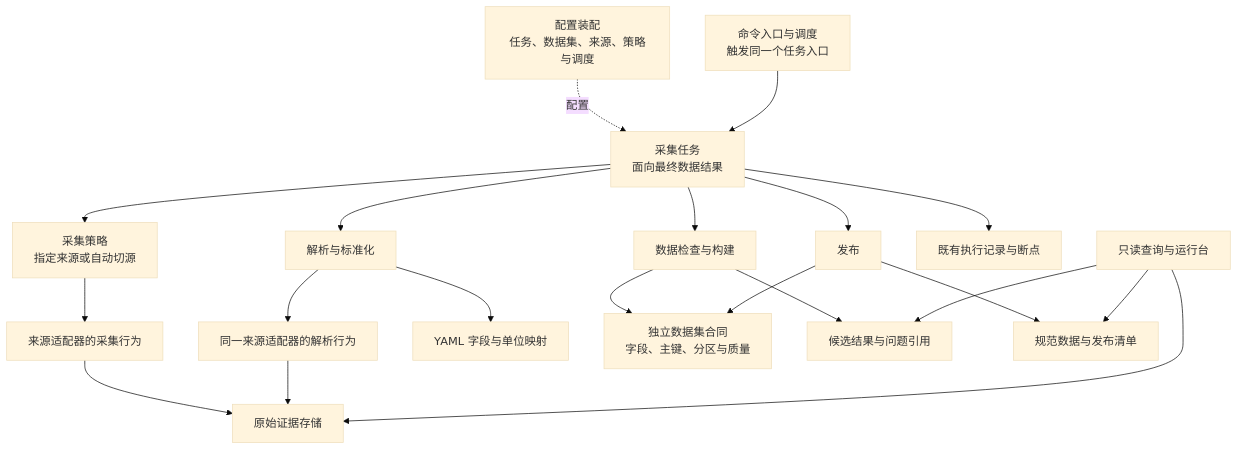
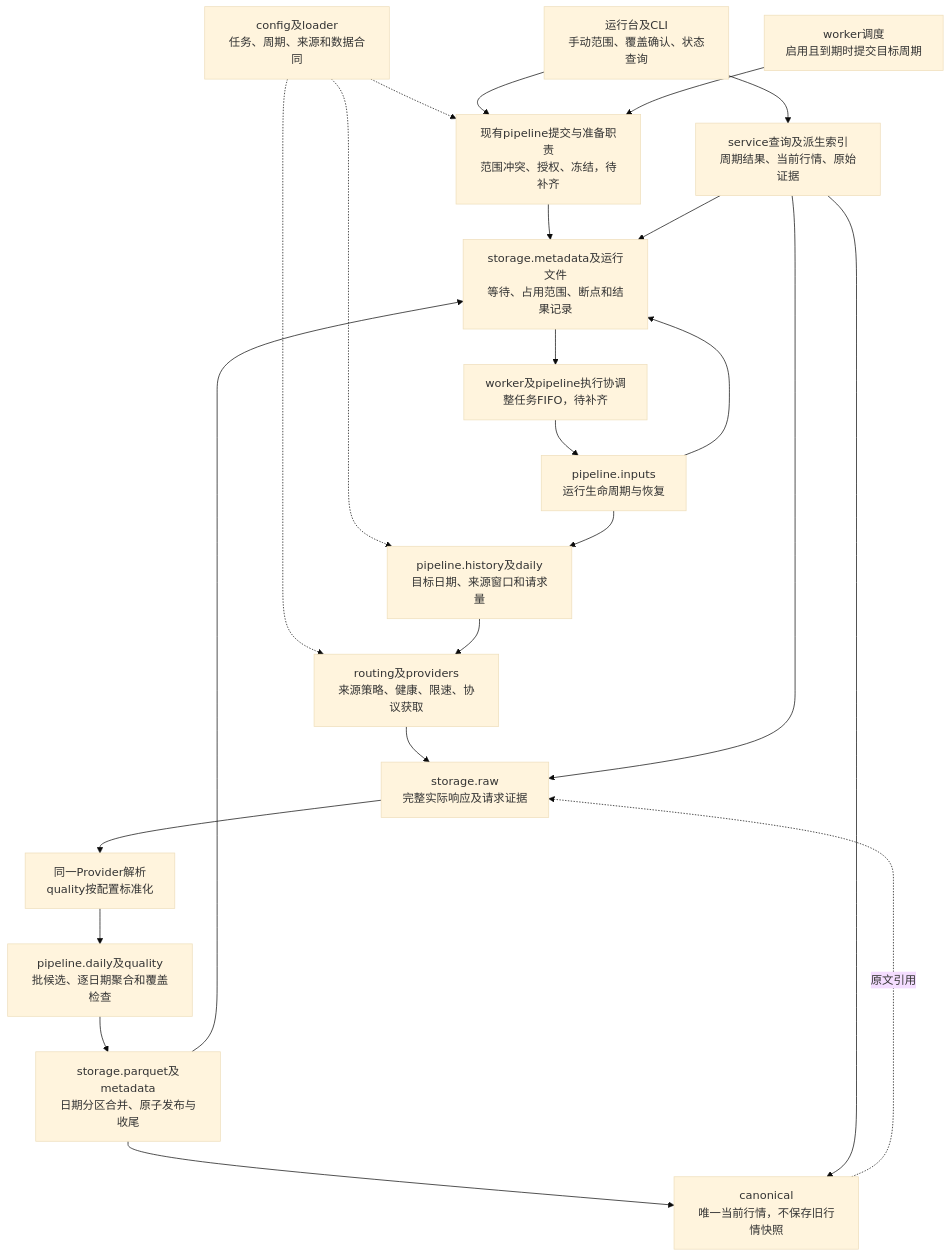
Before and after one commit to fewhg3yhjt/stock_data_manage: the first of 3 diagrams in STOCK_ANALYSIS_V2_MARKET_DATA_CENTER_ARCHITECTURE_V1.md, drawn with Mermaid (base theme). The commit also changed other lines of this file and 5 other files, not shown here.

Commit message:
Align current-only market data design and architecture diagrams

````diff
--- a/STOCK_ANALYSIS_V2_MARKET_DATA_CENTER_ARCHITECTURE_V1.md
+++ b/STOCK_ANALYSIS_V2_MARKET_DATA_CENTER_ARCHITECTURE_V1.md
@@ -121,22 +121,25 @@
 ```mermaid
 flowchart TB
-    CFG[配置装配<br/>任务、数据集、来源、策略与调度] -. 配置 .-> TASK[采集任务<br/>面向最终数据结果]
-    ENTRY[命令入口与调度<br/>触发同一个任务入口] --> TASK
-    TASK --> ACQ[采集策略<br/>指定来源或自动切源]
-    TASK --> PARSE[解析与标准化]
-    TASK --> CHECK[数据检查与构建]
-    TASK --> PUB[发布]
-    ACQ --> FETCH[来源适配器的采集行为]
-    PARSE --> DECODE[同一来源适配器的解析行为]
-    PARSE --> MAP[YAML 字段与单位映射]
-    CHECK --> DS[独立数据集合同<br/>字段、主键、分区与质量]
-    PUB --> DS
-    FETCH --> RAW[原始证据存储]
-    DECODE --> RAW
-    CHECK --> RESULT[候选结果与问题引用]
-    PUB --> CAN[规范数据与发布清单]
-    TASK --> META[既有执行记录与断点]
-    VIEW[只读查询与运行台] --> RESULT
-    VIEW --> RAW
-    VIEW --> CAN
+    CFG[config及loader<br/>任务、周期、来源和数据合同] -.-> SUB
+    CFG -.-> PLAN
+    CFG -.-> ACQ
+    UI[运行台及CLI<br/>手动范围、覆盖确认、状态查询] --> SUB[现有pipeline提交与准备职责<br/>范围冲突、授权、冻结，待补齐]
+    SCH[worker调度<br/>启用且到期时提交目标周期] --> SUB
+    SUB --> META[storage.metadata及运行文件<br/>等待、占用范围、断点和结果记录]
+    META --> FIFO[worker及pipeline执行协调<br/>整任务FIFO，待补齐]
+    FIFO --> TASK[pipeline.inputs<br/>运行生命周期与恢复]
+    TASK --> PLAN[pipeline.history及daily<br/>目标日期、来源窗口和请求量]
+    PLAN --> ACQ[routing及providers<br/>来源策略、健康、限速、协议获取]
+    ACQ --> RAW[storage.raw<br/>完整实际响应及请求证据]
+    RAW --> PARSE[同一Provider解析<br/>quality按配置标准化]
+    PARSE --> BUILD[pipeline.daily及quality<br/>批候选、逐日期聚合和覆盖检查]
+    BUILD --> PUB[storage.parquet及metadata<br/>日期分区合并、原子发布与收尾]
+    PUB --> CAN[canonical<br/>唯一当前行情，不保存旧行情快照]
+    TASK --> META
+    PUB --> META
+    CAN -. 原文引用 .-> RAW
+    UI --> QUERY[service查询及派生索引<br/>周期结果、当前行情、原始证据]
+    QUERY --> CAN
+    QUERY --> META
+    QUERY --> RAW
 ```
````
